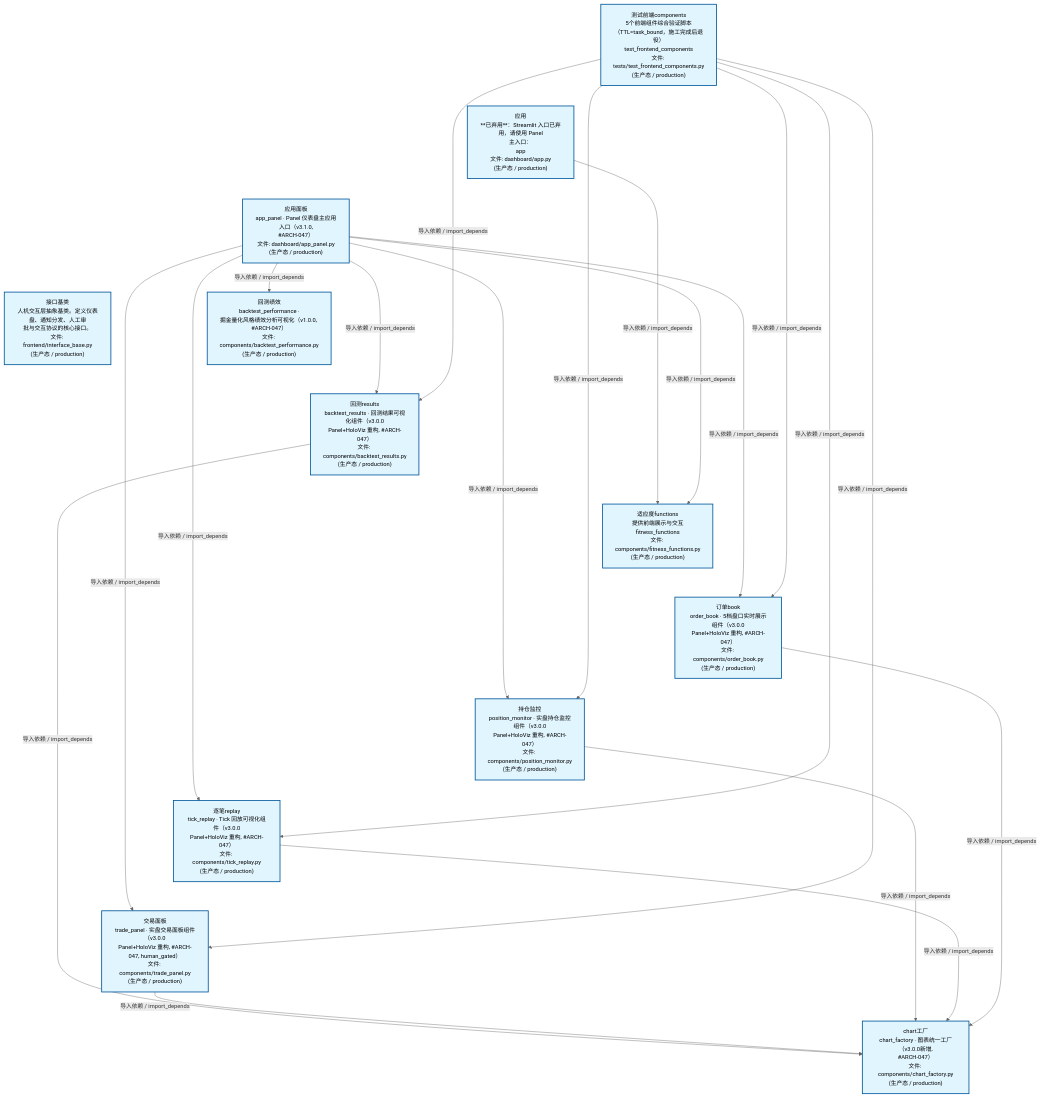
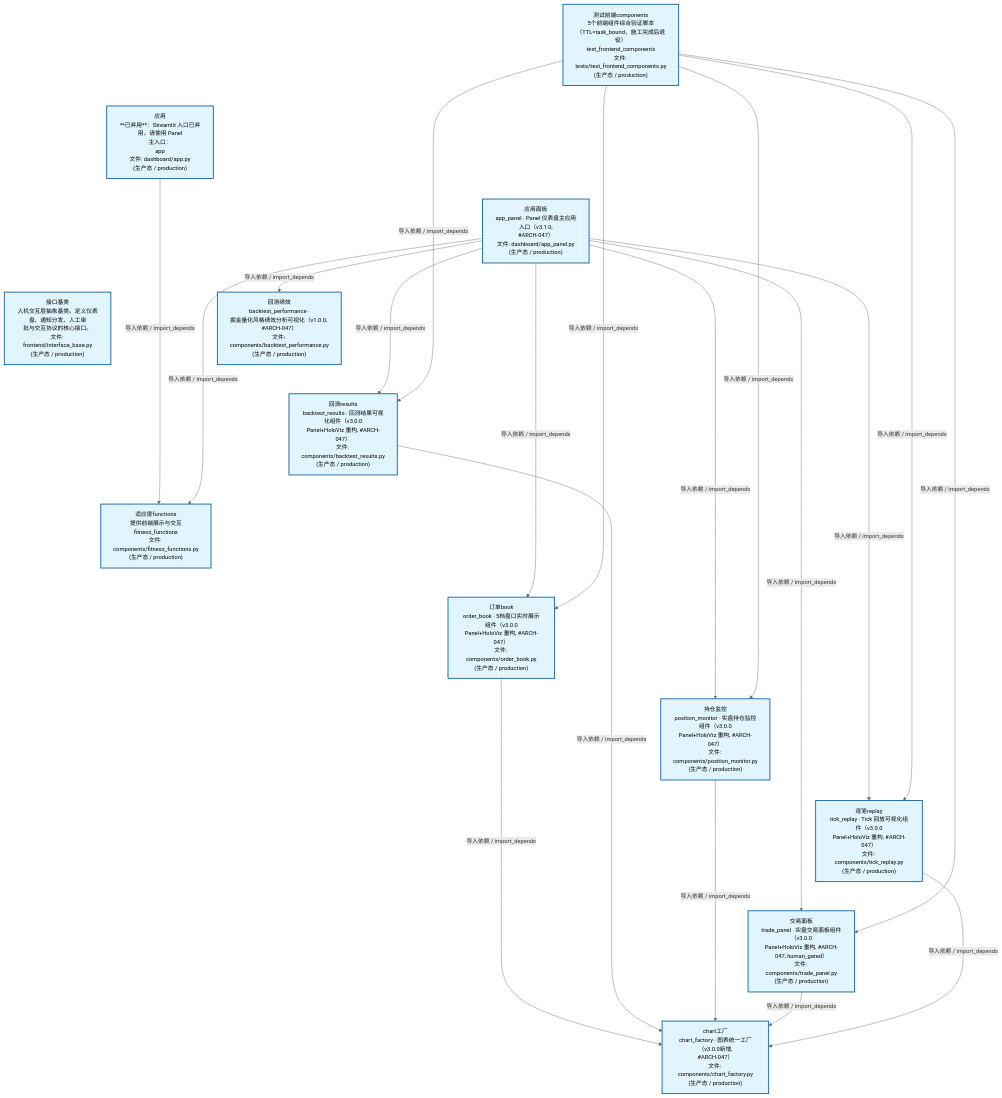
Before and after one commit to xuanFelixVan/ZephyrAlpha: the second of 4 diagrams in docs/02_enterprise_architecture/02_domain_architecture_docs/47_d_frontend.md, drawn with Mermaid. The commit also changed other lines of this file and 46 other files, not shown here.

````diff
--- a/docs/02_enterprise_architecture/02_domain_architecture_docs/47_d_frontend.md
+++ b/docs/02_enterprise_architecture/02_domain_architecture_docs/47_d_frontend.md
@@ -124,48 +124,48 @@
 ```mermaid
 %%{init: {'theme': 'base', 'themeVariables': {'primaryColor': '#eaeaea', 'primaryTextColor': '#333333', 'primaryBorderColor': '#666666', 'lineColor': '#666666', 'secondaryColor': '#eaeaea', 'tertiaryColor': '#eaeaea', 'fontSize': '14px'}}}%%
 flowchart TD
     scripts_tests_test_frontend_components_py["测试前端components<br/>5个前端组件综合验证脚本<br/>（TTL=task_bound，施工完成后退役）<br/>test_frontend_components<br/>文件: tests/test_frontend_components.py<br/>(生产态 / production)"]
     src_zephyr_frontend_dashboard_app_py["应用<br/>**已弃用**：Streamlit 入口已弃用，请使用 Panel<br/>主入口：<br/>app<br/>文件: dashboard/app.py<br/>(生产态 / production)"]
     src_zephyr_frontend_dashboard_app_panel_py["应用面板<br/>app_panel · Panel 仪表盘主应用入口（v3.1.0,<br/>#ARCH-047）<br/>文件: dashboard/app_panel.py<br/>(生产态 / production)"]
     src_zephyr_frontend_interface_base_py["接口基类<br/>人机交互层抽象基类。定义仪表盘、通知分发、人工审<br/>批与交互协议的核心接口。<br/>文件: frontend/interface_base.py<br/>(生产态 / production)"]
     scripts_tests_test_frontend_components_py ~~~ src_zephyr_frontend_dashboard_app_py
     src_zephyr_frontend_dashboard_app_py ~~~ src_zephyr_frontend_dashboard_app_panel_py
     src_zephyr_frontend_dashboard_app_panel_py ~~~ src_zephyr_frontend_interface_base_py
     src_zephyr_frontend_dashboard_components_backtest_performance_py["回测绩效<br/>backtest_performance ·<br/>掘金量化风格绩效分析可视化（v1.0.0, #ARCH-047）<br/>文件: components/backtest_performance.py<br/>(生产态 / production)"]
     src_zephyr_frontend_dashboard_components_backtest_results_py["回测results<br/>backtest_results · 回测结果可视化组件（v3.0.0<br/>Panel+HoloViz 重构, #ARCH-047）<br/>文件: components/backtest_results.py<br/>(生产态 / production)"]
     src_zephyr_frontend_dashboard_components_fitness_functions_py["适应度functions<br/>提供前端展示与交互<br/>fitness_functions<br/>文件: components/fitness_functions.py<br/>(生产态 / production)"]
     src_zephyr_frontend_dashboard_components_order_book_py["订单book<br/>order_book · 5档盘口实时展示组件（v3.0.0<br/>Panel+HoloViz 重构, #ARCH-047）<br/>文件: components/order_book.py<br/>(生产态 / production)"]
     src_zephyr_frontend_dashboard_components_position_monitor_py["持仓监控<br/>position_monitor · 实盘持仓监控组件（v3.0.0<br/>Panel+HoloViz 重构, #ARCH-047）<br/>文件: components/position_monitor.py<br/>(生产态 / production)"]
     src_zephyr_frontend_dashboard_components_tick_replay_py["逐笔replay<br/>tick_replay · Tick 回放可视化组件（v3.0.0<br/>Panel+HoloViz 重构, #ARCH-047）<br/>文件: components/tick_replay.py<br/>(生产态 / production)"]
     src_zephyr_frontend_dashboard_components_trade_panel_py["交易面板<br/>trade_panel · 实盘交易面板组件（v3.0.0<br/>Panel+HoloViz 重构, #ARCH-047, human_gated）<br/>文件: components/trade_panel.py<br/>(生产态 / production)"]
     src_zephyr_frontend_dashboard_components_backtest_performance_py ~~~ src_zephyr_frontend_dashboard_components_backtest_results_py
     src_zephyr_frontend_dashboard_components_backtest_results_py ~~~ src_zephyr_frontend_dashboard_components_fitness_functions_py
     src_zephyr_frontend_dashboard_components_fitness_functions_py ~~~ src_zephyr_frontend_dashboard_components_order_book_py
     src_zephyr_frontend_dashboard_components_order_book_py ~~~ src_zephyr_frontend_dashboard_components_position_monitor_py
     src_zephyr_frontend_dashboard_components_position_monitor_py ~~~ src_zephyr_frontend_dashboard_components_tick_replay_py
     src_zephyr_frontend_dashboard_components_tick_replay_py ~~~ src_zephyr_frontend_dashboard_components_trade_panel_py
     src_zephyr_frontend_dashboard_components_chart_factory_py["chart工厂<br/>chart_factory · 图表统一工厂（v3.0.0新增,<br/>#ARCH-047）<br/>文件: components/chart_factory.py<br/>(生产态 / production)"]
     src_zephyr_frontend_dashboard_app_py -->|导入依赖 / import_depends| src_zephyr_frontend_dashboard_components_fitness_functions_py
     src_zephyr_frontend_dashboard_app_panel_py -->|导入依赖 / import_depends| src_zephyr_frontend_dashboard_components_fitness_functions_py
     src_zephyr_frontend_dashboard_app_panel_py -->|导入依赖 / import_depends| src_zephyr_frontend_dashboard_components_backtest_performance_py
+    src_zephyr_frontend_dashboard_app_panel_py -->|导入依赖 / import_depends| src_zephyr_frontend_dashboard_components_order_book_py
     src_zephyr_frontend_dashboard_app_panel_py -->|导入依赖 / import_depends| src_zephyr_frontend_dashboard_components_backtest_results_py
+    src_zephyr_frontend_dashboard_app_panel_py -->|导入依赖 / import_depends| src_zephyr_frontend_dashboard_components_position_monitor_py
     src_zephyr_frontend_dashboard_app_panel_py -->|导入依赖 / import_depends| src_zephyr_frontend_dashboard_components_trade_panel_py
-    src_zephyr_frontend_dashboard_app_panel_py -->|导入依赖 / import_depends| src_zephyr_frontend_dashboard_components_position_monitor_py
     src_zephyr_frontend_dashboard_app_panel_py -->|导入依赖 / import_depends| src_zephyr_frontend_dashboard_components_tick_replay_py
-    src_zephyr_frontend_dashboard_app_panel_py -->|导入依赖 / import_depends| src_zephyr_frontend_dashboard_components_order_book_py
+    src_zephyr_frontend_dashboard_components_order_book_py -->|导入依赖 / import_depends| src_zephyr_frontend_dashboard_components_chart_factory_py
     src_zephyr_frontend_dashboard_components_backtest_results_py -->|导入依赖 / import_depends| src_zephyr_frontend_dashboard_components_chart_factory_py
+    src_zephyr_frontend_dashboard_components_position_monitor_py -->|导入依赖 / import_depends| src_zephyr_frontend_dashboard_components_chart_factory_py
     src_zephyr_frontend_dashboard_components_trade_panel_py -->|导入依赖 / import_depends| src_zephyr_frontend_dashboard_components_chart_factory_py
-    src_zephyr_frontend_dashboard_components_position_monitor_py -->|导入依赖 / import_depends| src_zephyr_frontend_dashboard_components_chart_factory_py
     src_zephyr_frontend_dashboard_components_tick_replay_py -->|导入依赖 / import_depends| src_zephyr_frontend_dashboard_components_chart_factory_py
-    src_zephyr_frontend_dashboard_components_order_book_py -->|导入依赖 / import_depends| src_zephyr_frontend_dashboard_components_chart_factory_py
+    scripts_tests_test_frontend_components_py -->|导入依赖 / import_depends| src_zephyr_frontend_dashboard_components_order_book_py
     scripts_tests_test_frontend_components_py -->|导入依赖 / import_depends| src_zephyr_frontend_dashboard_components_backtest_results_py
+    scripts_tests_test_frontend_components_py -->|导入依赖 / import_depends| src_zephyr_frontend_dashboard_components_position_monitor_py
     scripts_tests_test_frontend_components_py -->|导入依赖 / import_depends| src_zephyr_frontend_dashboard_components_trade_panel_py
-    scripts_tests_test_frontend_components_py -->|导入依赖 / import_depends| src_zephyr_frontend_dashboard_components_position_monitor_py
     scripts_tests_test_frontend_components_py -->|导入依赖 / import_depends| src_zephyr_frontend_dashboard_components_tick_replay_py
-    scripts_tests_test_frontend_components_py -->|导入依赖 / import_depends| src_zephyr_frontend_dashboard_components_order_book_py
     classDef production fill:#e1f5fe,stroke:#01579b,stroke-width:2px,color:#000
     classDef design fill:#fff3e0,stroke:#e65100,stroke-width:2px,color:#000,stroke-dasharray: 5 5
     classDef external_prod fill:#e8f4fd,stroke:#0277bd,stroke-width:1px,color:#000
     classDef external_design fill:#fff8e7,stroke:#ef6c00,stroke-width:1px,color:#000,stroke-dasharray: 5 5
     class scripts_tests_test_frontend_components_py,src_zephyr_frontend_dashboard_app_py,src_zephyr_frontend_dashboard_app_panel_py,src_zephyr_frontend_dashboard_components_backtest_performance_py,src_zephyr_frontend_dashboard_components_backtest_results_py,src_zephyr_frontend_dashboard_components_chart_factory_py,src_zephyr_frontend_dashboard_components_fitness_functions_py,src_zephyr_frontend_dashboard_components_order_book_py,src_zephyr_frontend_dashboard_components_position_monitor_py,src_zephyr_frontend_dashboard_components_tick_replay_py,src_zephyr_frontend_dashboard_components_trade_panel_py,src_zephyr_frontend_interface_base_py production
 ```
````
